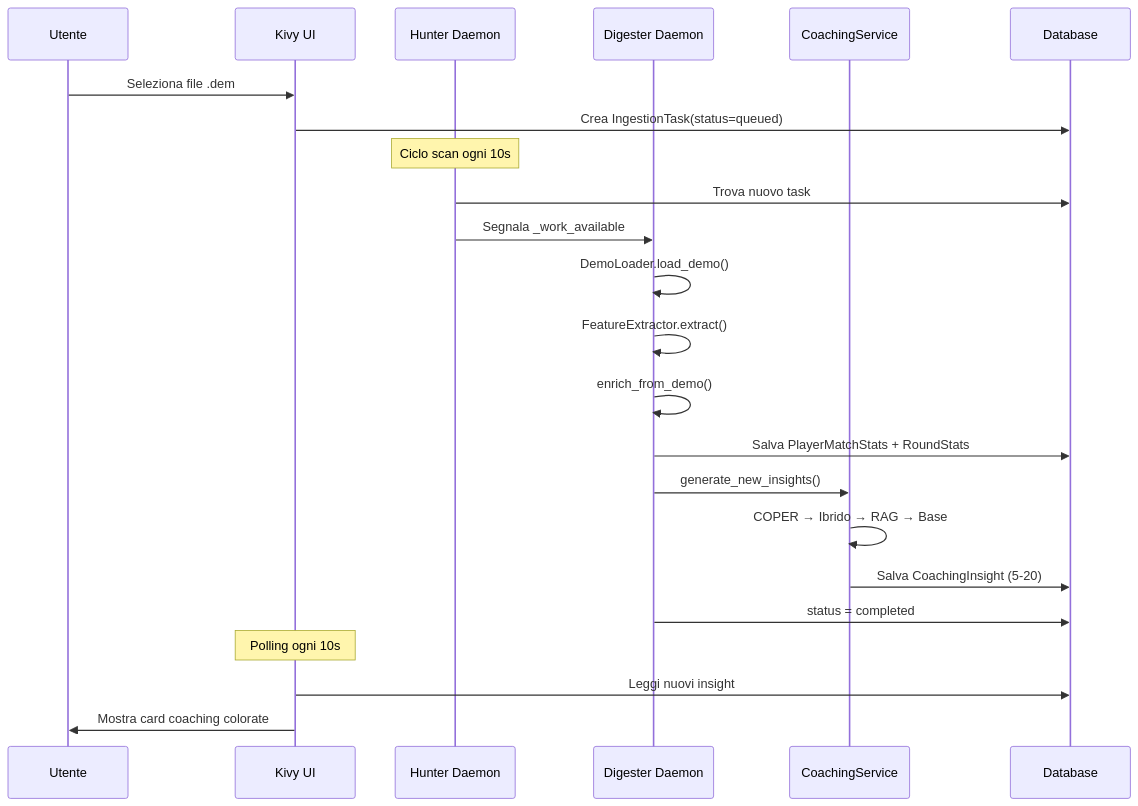
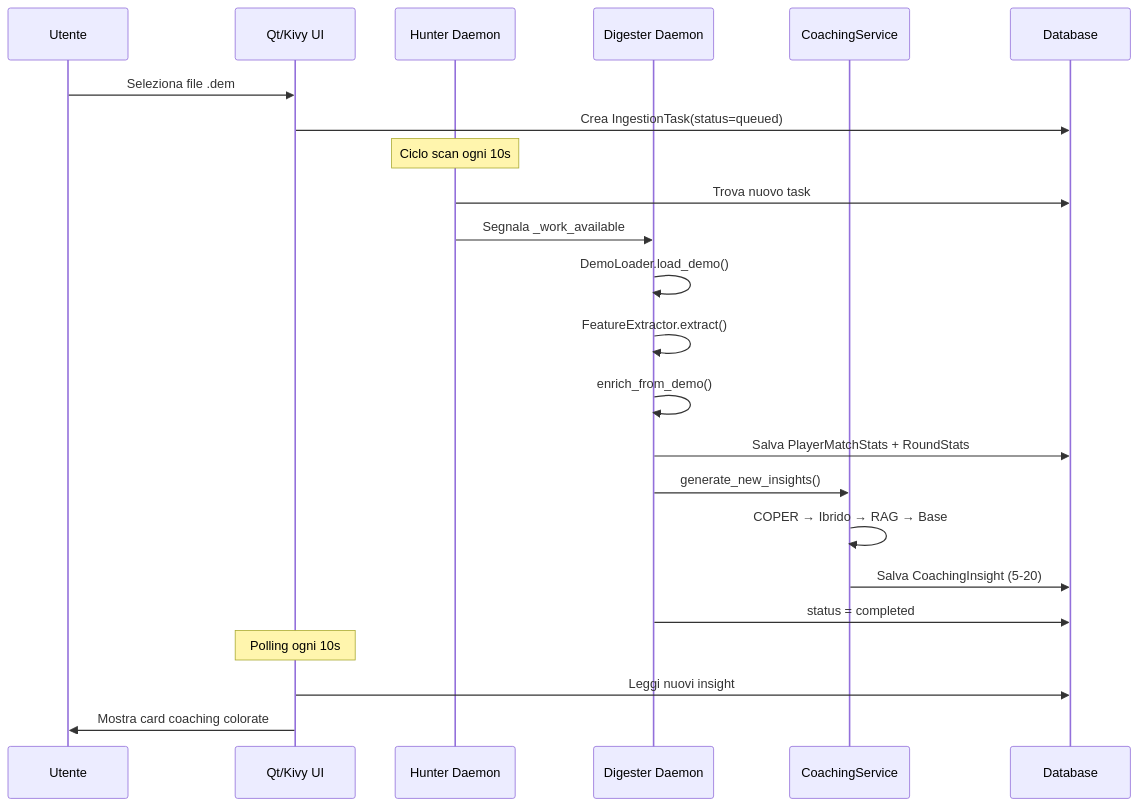
Before and after one commit to renanaugustomacena-ux/Counter-Strike-coach-AI: diagram 34 of 55 in docs/Book-Coach-3.md, drawn with Mermaid. The commit also changed other lines of this file and 1 other file, not shown here.

````diff
--- a/docs/Book-Coach-3.md
+++ b/docs/Book-Coach-3.md
@@ -1810,26 +1901,26 @@
 ```mermaid
 sequenceDiagram
     participant U as Utente
-    participant UI as Kivy UI
+    participant UI as Qt/Kivy UI
     participant H as Hunter Daemon
     participant D as Digester Daemon
     participant CS as CoachingService
     participant DB as Database
 
     U->>UI: Seleziona file .dem
     UI->>DB: Crea IngestionTask(status=queued)
     Note over H: Ciclo scan ogni 10s
     H->>DB: Trova nuovo task
     H->>D: Segnala _work_available
     D->>D: DemoLoader.load_demo()
     D->>D: FeatureExtractor.extract()
     D->>D: enrich_from_demo()
     D->>DB: Salva PlayerMatchStats + RoundStats
     D->>CS: generate_new_insights()
     CS->>CS: COPER → Ibrido → RAG → Base
     CS->>DB: Salva CoachingInsight (5-20)
     D->>DB: status = completed
     Note over UI: Polling ogni 10s
     UI->>DB: Leggi nuovi insight
     UI->>U: Mostra card coaching colorate
 ```
````
